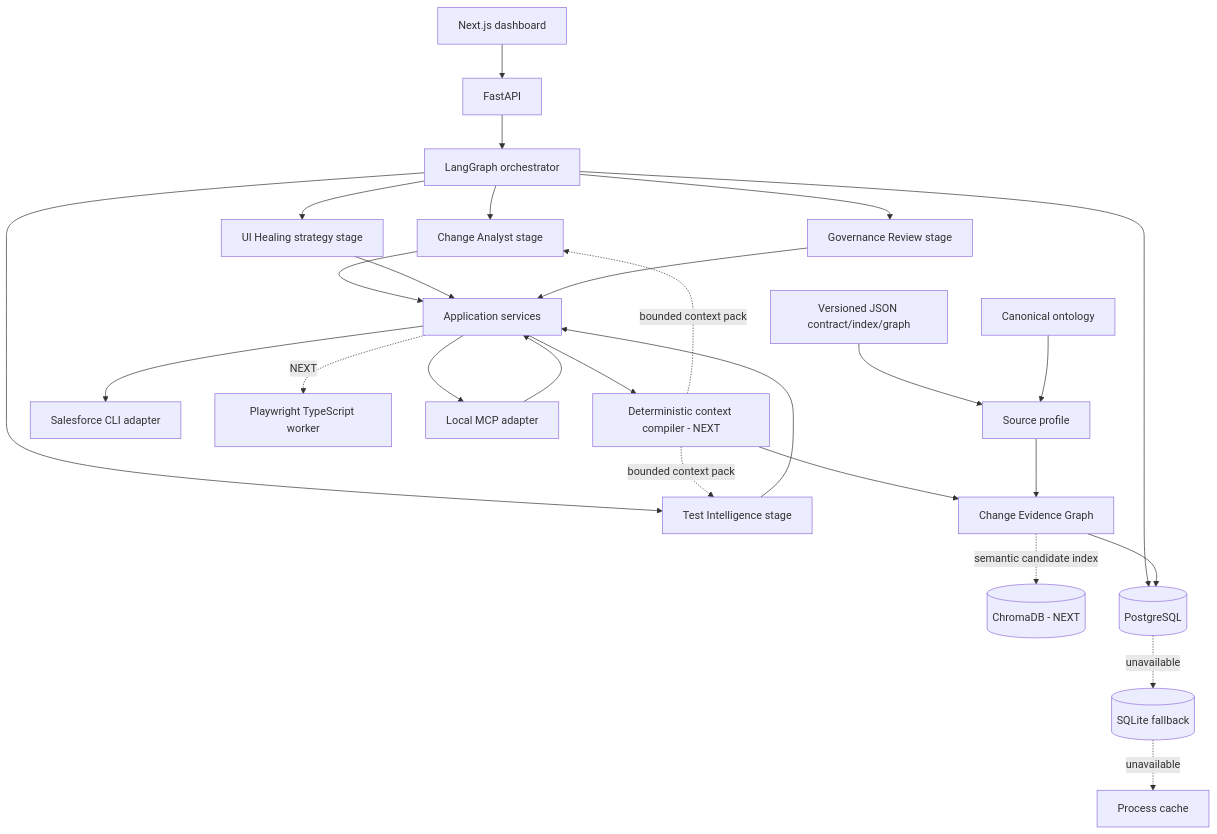
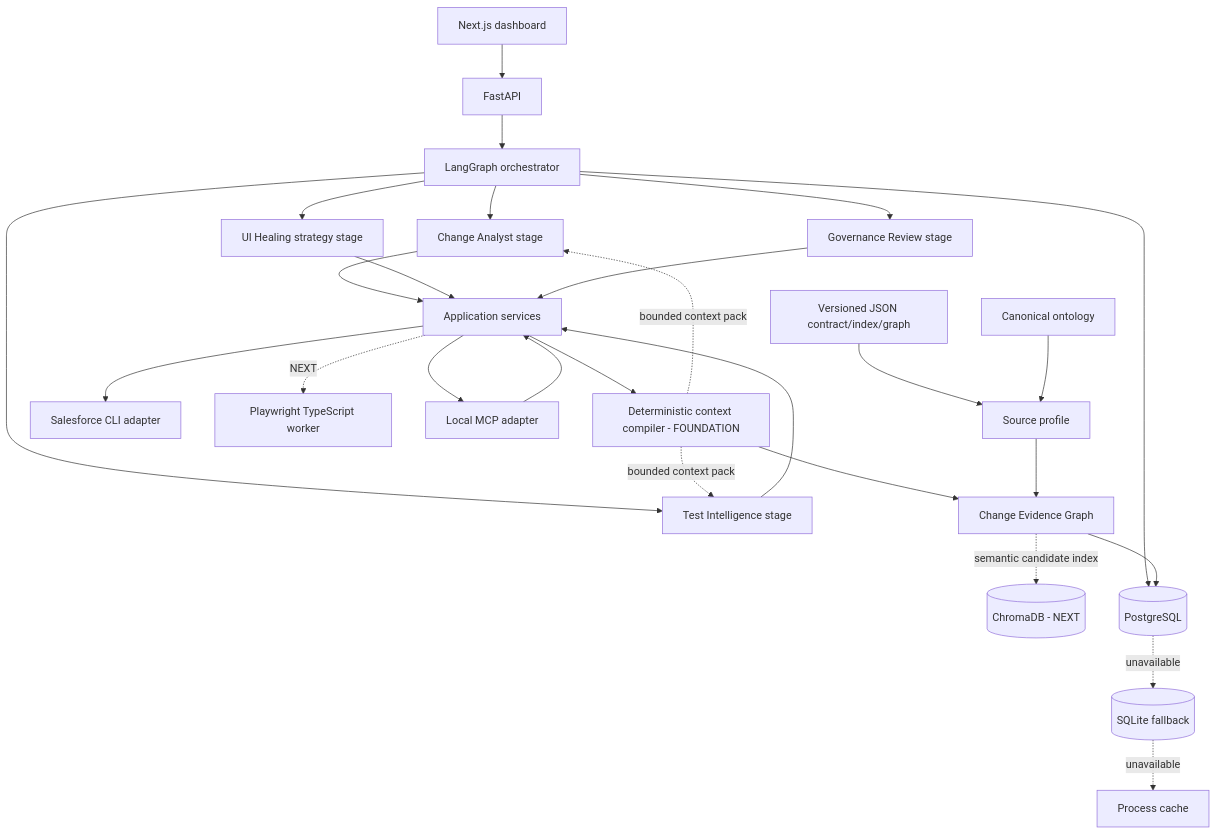
One commit to neelriseai/Neo-SF-Q--Intel changed the diagram in Docs/01-architecture.md. Above: the diagram before and after it, drawn with Mermaid. The commit also changed other lines of this file and 12 other files, not shown here.

Commit message:
Add trusted graph context pack foundation

````diff
--- a/Docs/01-architecture.md
+++ b/Docs/01-architecture.md
@@ -8,29 +8,29 @@
 ```mermaid
 flowchart TB
   WEB[Next.js dashboard] --> API[FastAPI]
   API --> WF[LangGraph orchestrator]
   WF --> CA[Change Analyst stage]
   WF --> TA[Test Intelligence stage]
   WF --> UH[UI Healing strategy stage]
   WF --> GA[Governance Review stage]
   CA --> SVC[Application services]
   TA --> SVC
   UH --> SVC
   GA --> SVC
-  SVC --> CC[Deterministic context compiler - NEXT]
+  SVC --> CC[Deterministic context compiler - FOUNDATION]
   CC --> EG[Change Evidence Graph]
   CC -. bounded context pack .-> CA
   CC -. bounded context pack .-> TA
   EG -. semantic candidate index .-> CHROMA[(ChromaDB - NEXT)]
   SVC --> SF[Salesforce CLI adapter]
   SVC -. NEXT .-> PW[Playwright TypeScript worker]
   SVC --> MCP[Local MCP adapter]
   WF --> PG[(PostgreSQL)]
   EG --> PG
   PG -. unavailable .-> SQLITE[(SQLite fallback)]
   SQLITE -. unavailable .-> CACHE[Process cache]
   JSON[Versioned JSON contract/index/graph] --> SP[Source profile]
   ONT[Canonical ontology] --> SP
   SP --> EG
   MCP --> SVC
 ```
````
